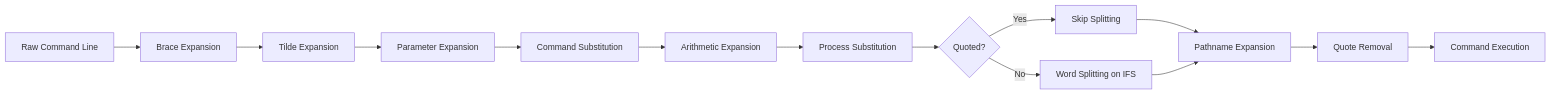
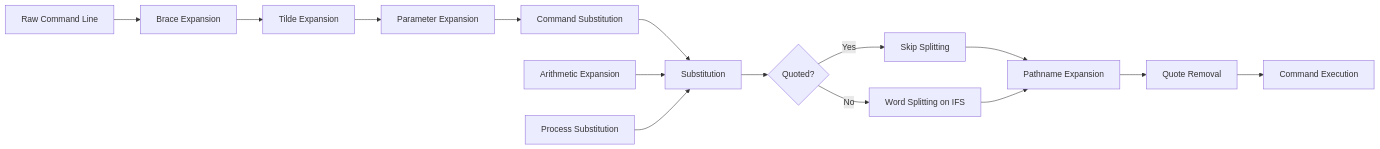
One commit to kube-dojo/kube-dojo changed the first of 2 diagrams in src/content/docs/linux/operations/shell-scripting/module-7.1-bash-fundamentals.md. Above: the diagram before and after it, drawn with Mermaid. The commit also changed other lines of this file and 1 other file, not shown here.

Commit message:
chore(content): linux shell-scripting 7.1/7.4 — R1 review fixes (kubectl awk column-shift, ((++patch)) set-e, mktemp safety, expansion order, body-words, war-stories→hypothetical)

````diff
--- a/src/content/docs/linux/operations/shell-scripting/module-7.1-bash-fundamentals.md
+++ b/src/content/docs/linux/operations/shell-scripting/module-7.1-bash-fundamentals.md
@@ -93,16 +93,17 @@
 ```mermaid
 flowchart LR
     A[Raw Command Line] --> B[Brace Expansion]
     B --> C[Tilde Expansion]
     C --> D[Parameter Expansion]
     D --> E[Command Substitution]
-    E --> F[Arithmetic Expansion]
-    F --> P[Process Substitution]
-    P --> G{Quoted?}
+    E --> S[Substitution]
+    F[Arithmetic Expansion] --> S
+    P[Process Substitution] --> S
+    S --> G{Quoted?}
     G -->|Yes| H[Skip Splitting]
     G -->|No| I[Word Splitting on IFS]
     H --> J[Pathname Expansion]
     I --> J
     J --> K[Quote Removal]
     K --> L[Command Execution]
 ```
````
